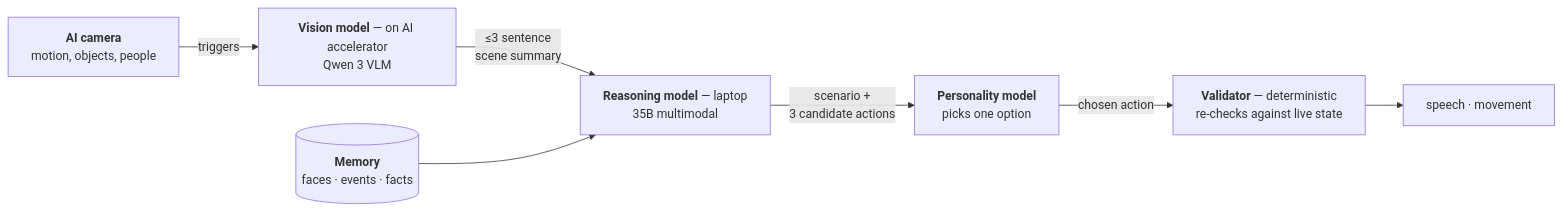
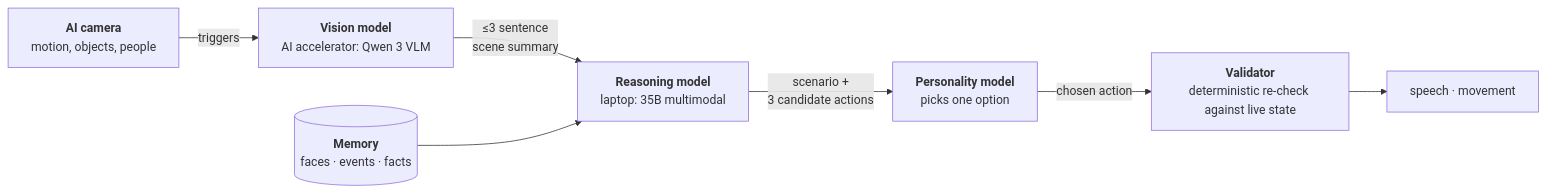
One commit to nicholasueki/solar-autonomous-rover changed the second of 3 diagrams in README.md. Above: the diagram before and after it, drawn with Mermaid. The commit also changed other lines of this file and 1 other file, not shown here.

````diff
--- a/README.md
+++ b/README.md
@@ -135,9 +126,9 @@
 ```mermaid
 flowchart LR
-    CAM["<b>AI camera</b><br/>motion, objects, people"] -->|"triggers"| VLM["<b>Vision model</b> — on AI accelerator<br/>Qwen 3 VLM"]
-    VLM -->|"≤3 sentence<br/>scene summary"| BRAIN["<b>Reasoning model</b> — laptop<br/>35B multimodal"]
+    CAM["<b>AI camera</b><br/>motion, objects, people"] -->|"triggers"| VLM["<b>Vision model</b><br/>AI accelerator: Qwen 3 VLM"]
+    VLM -->|"≤3 sentence<br/>scene summary"| BRAIN["<b>Reasoning model</b><br/>laptop: 35B multimodal"]
     MEM[("<b>Memory</b><br/>faces · events · facts")] --> BRAIN
     BRAIN -->|"scenario +<br/>3 candidate actions"| PERS["<b>Personality model</b><br/>picks one option"]
-    PERS -->|"chosen action"| VAL["<b>Validator</b> — deterministic<br/>re-checks against live state"]
+    PERS -->|"chosen action"| VAL["<b>Validator</b><br/>deterministic re-check against live state"]
     VAL --> OUT["speech · movement"]
 ```
````
